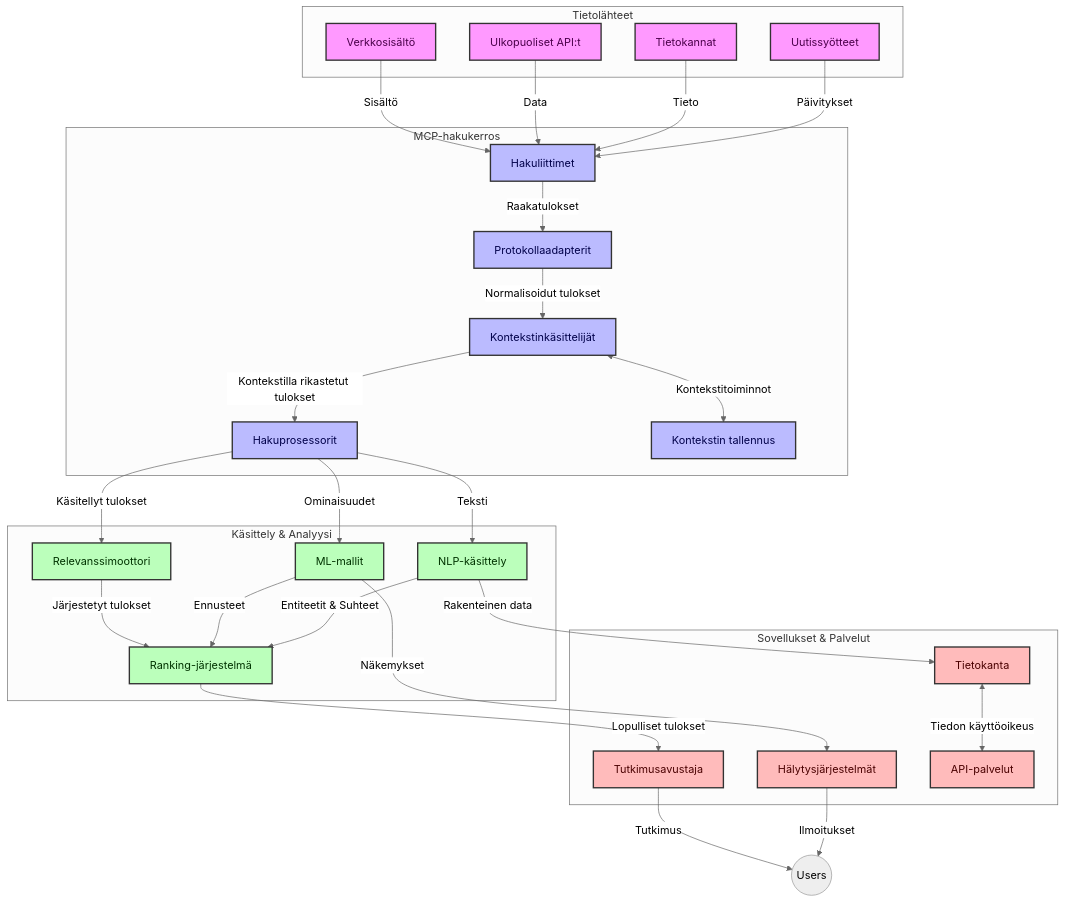
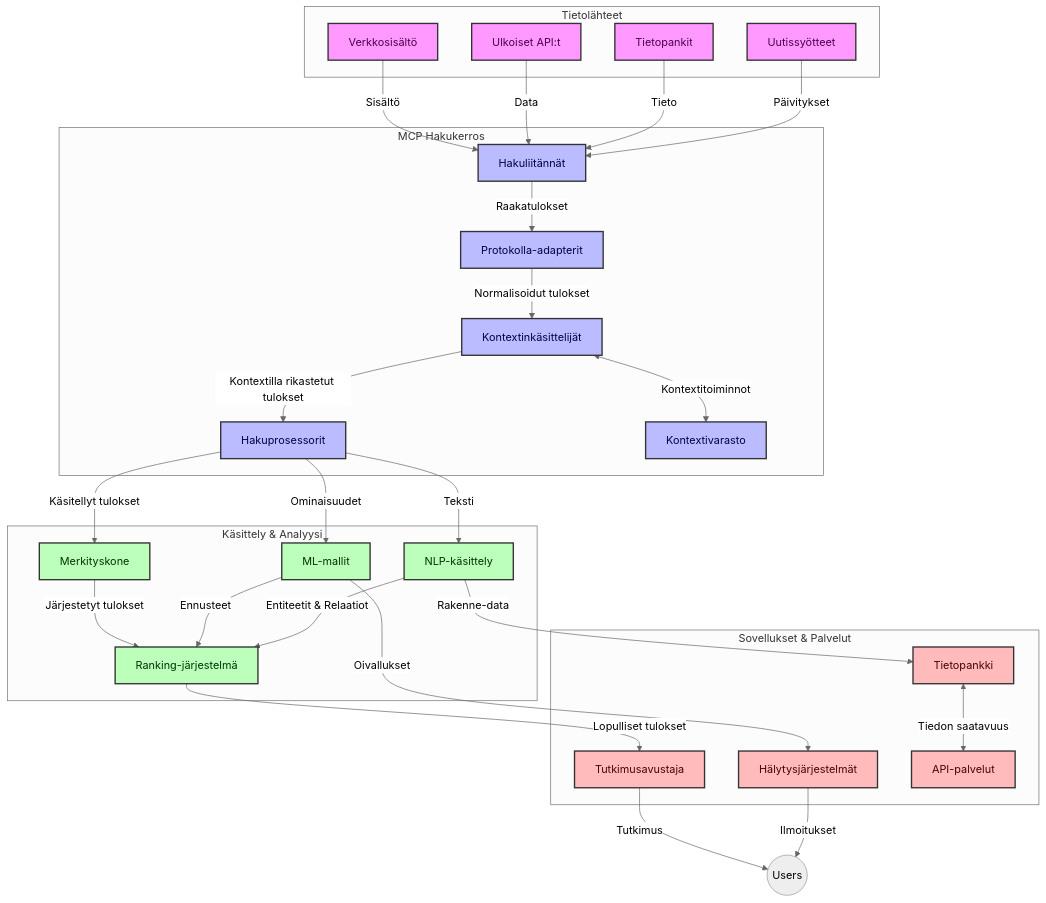
Before and after one commit to microsoft/mcp-for-beginners: the first of 4 diagrams in translations/fi/05-AdvancedTopics/mcp-realtimesearch/README.md, drawn with Mermaid (neutral theme). The commit also changed other lines of this file and 156 other files, not shown here.

````diff
--- a/translations/fi/05-AdvancedTopics/mcp-realtimesearch/README.md
+++ b/translations/fi/05-AdvancedTopics/mcp-realtimesearch/README.md
@@ -109,66 +109,66 @@
 ```mermaid
 graph TD
     subgraph "Tietolähteet"
         Web[Verkkosisältö]
-        APIs[Ulkopuoliset API:t]
-        DB[Tietokannat]
+        APIs[Ulkoiset API:t]
+        DB[Tietopankit]
         News[Uutissyötteet]
     end
 
-    subgraph "MCP-hakukerros"
-        SC[Hakuliittimet]
-        PA[Protokollaadapterit]
-        CH[Kontekstinkäsittelijät]
+    subgraph "MCP Hakukerros"
+        SC[Hakuliitännät]
+        PA[Protokolla-adapterit]
+        CH[Kontextinkäsittelijät]
         SP[Hakuprosessorit]
-        CS[Kontekstin tallennus]
+        CS[Kontextivarasto]
     end
 
     subgraph "Käsittely & Analyysi"
-        RE[Relevanssimoottori]
+        RE[Merkityskone]
         ML[ML-mallit]
         NLP[NLP-käsittely]
         Rank[Ranking-järjestelmä]
     end
 
     subgraph "Sovellukset & Palvelut"
         RA[Tutkimusavustaja]
         Alerts[Hälytysjärjestelmät]
-        KB[Tietokanta]
+        KB[Tietopankki]
         API[API-palvelut]
     end
 
     Web -->|Sisältö| SC
     APIs -->|Data| SC
     DB -->|Tieto| SC
     News -->|Päivitykset| SC
     
     SC -->|Raakatulokset| PA
     PA -->|Normalisoidut tulokset| CH
-    CH <-->|Kontekstitoiminnot| CS
-    CH -->|Kontekstilla rikastetut tulokset| SP
+    CH <-->|Kontextitoiminnot| CS
+    CH -->|Kontextilla rikastetut tulokset| SP
     SP -->|Käsitellyt tulokset| RE
     SP -->|Ominaisuudet| ML
     SP -->|Teksti| NLP
     
     RE -->|Järjestetyt tulokset| Rank
     ML -->|Ennusteet| Rank
-    NLP -->|Entiteetit & Suhteet| Rank
+    NLP -->|Entiteetit & Relaatiot| Rank
     
     Rank -->|Lopulliset tulokset| RA
-    ML -->|Näkemykset| Alerts
-    NLP -->|Rakenteinen data| KB
+    ML -->|Oivallukset| Alerts
+    NLP -->|Rakenne-data| KB
     
     RA -->|Tutkimus| Users((Users))
     Alerts -->|Ilmoitukset| Users
-    KB <-->|Tiedon käyttöoikeus| API
+    KB <-->|Tiedon saatavuus| API
 
     classDef sources fill:#f9f,stroke:#333,stroke-width:2px,color:#4a004a
     classDef mcp fill:#bbf,stroke:#333,stroke-width:2px,color:#00004a
     classDef processing fill:#bfb,stroke:#333,stroke-width:2px,color:#003300
     classDef apps fill:#fbb,stroke:#333,stroke-width:2px,color:#4a0000
     
     class Web,APIs,DB,News sources
     class SC,PA,CH,SP,CS mcp
     class RE,ML,NLP,Rank processing
     class RA,Alerts,KB,API apps
 ```
````
